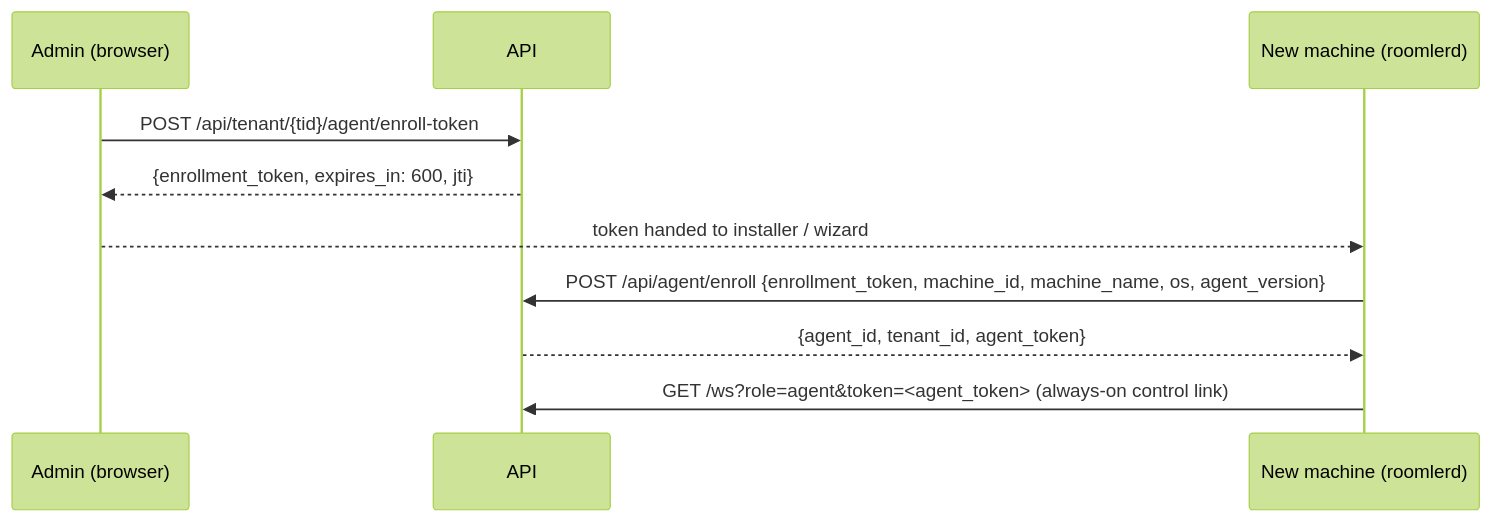
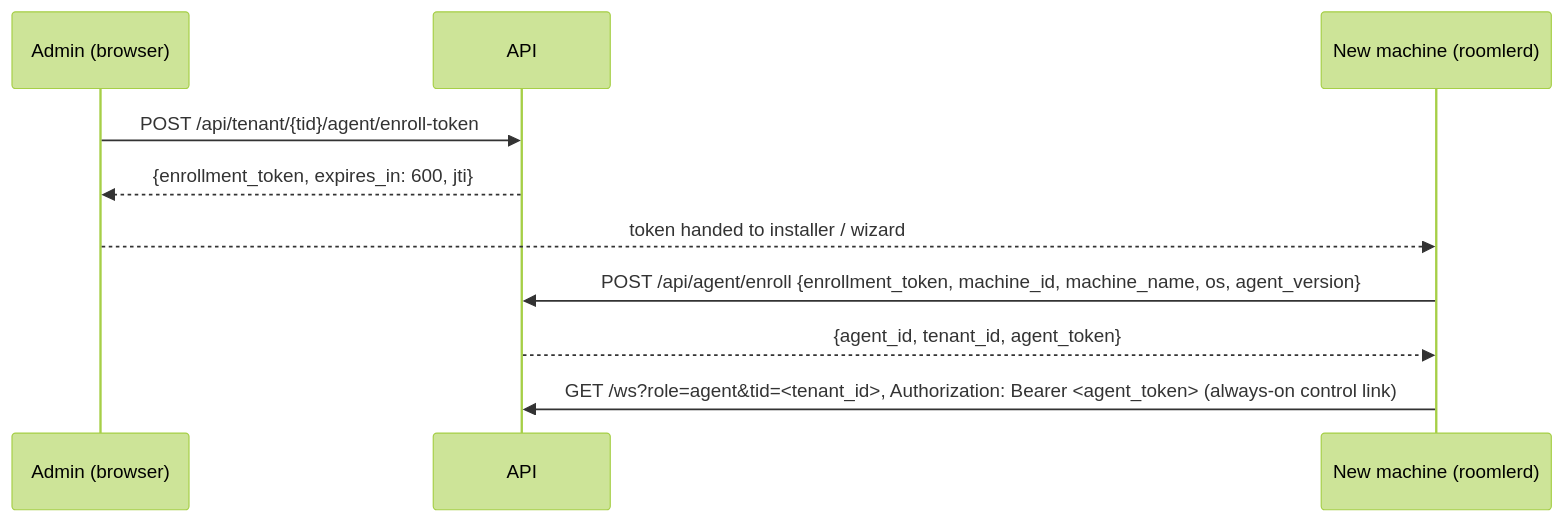
Before and after one commit to gjovanov/roomler-ai: the second of 3 diagrams in docs/api.md, drawn with Mermaid (forest theme). The commit also changed 28 other files, not shown here.

````diff
--- a/docs/api.md
+++ b/docs/api.md
@@ -52,13 +52,13 @@
 ```mermaid
 sequenceDiagram
     participant A as Admin (browser)
     participant S as API
     participant D as New machine (roomlerd)
 
     A->>S: POST /api/tenant/{tid}/agent/enroll-token
     S-->>A: {enrollment_token, expires_in: 600, jti}
     A-->>D: token handed to installer / wizard
     D->>S: POST /api/agent/enroll {enrollment_token, machine_id, machine_name, os, agent_version}
     S-->>D: {agent_id, tenant_id, agent_token}
-    D->>S: GET /ws?role=agent&token=<agent_token>  (always-on control link)
+    D->>S: GET /ws?role=agent&tid=<tenant_id>, Authorization: Bearer <agent_token>  (always-on control link)
 ```
````
